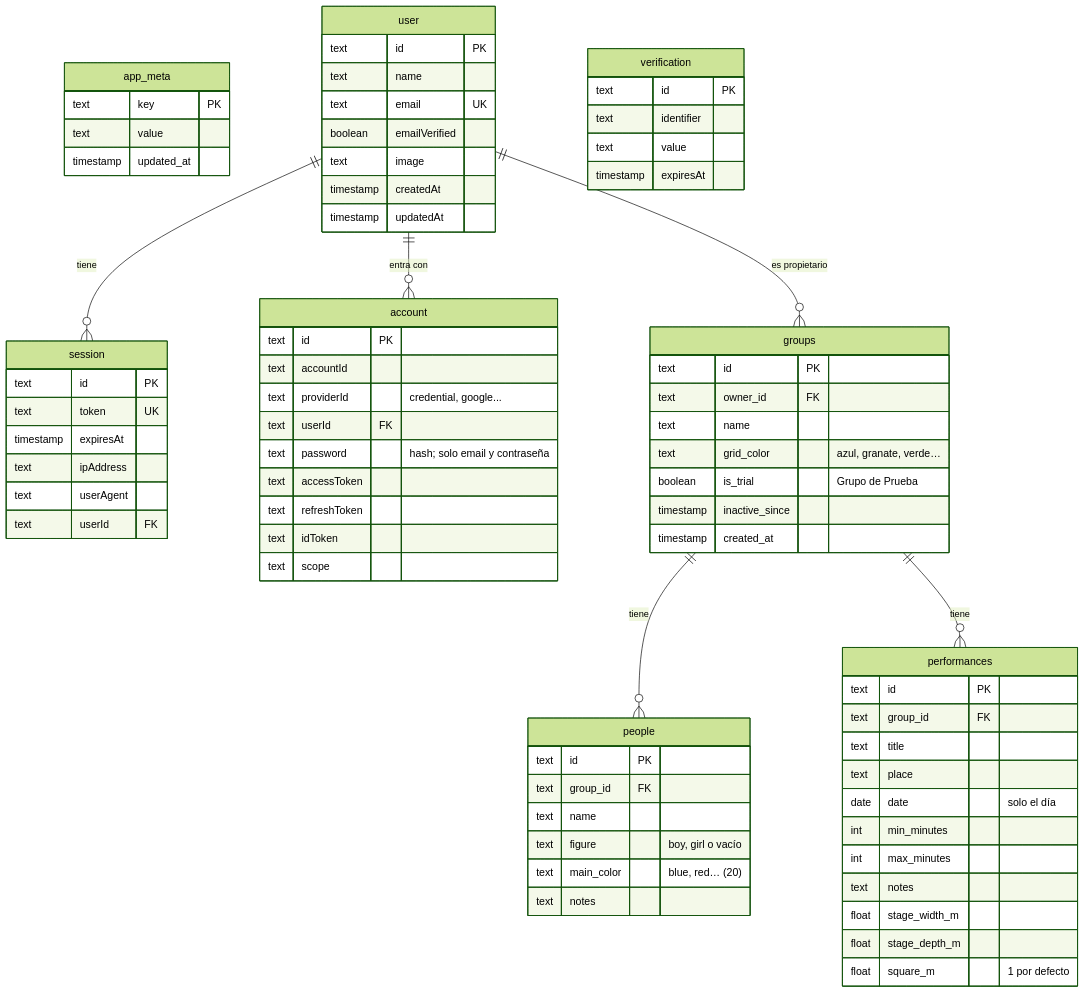
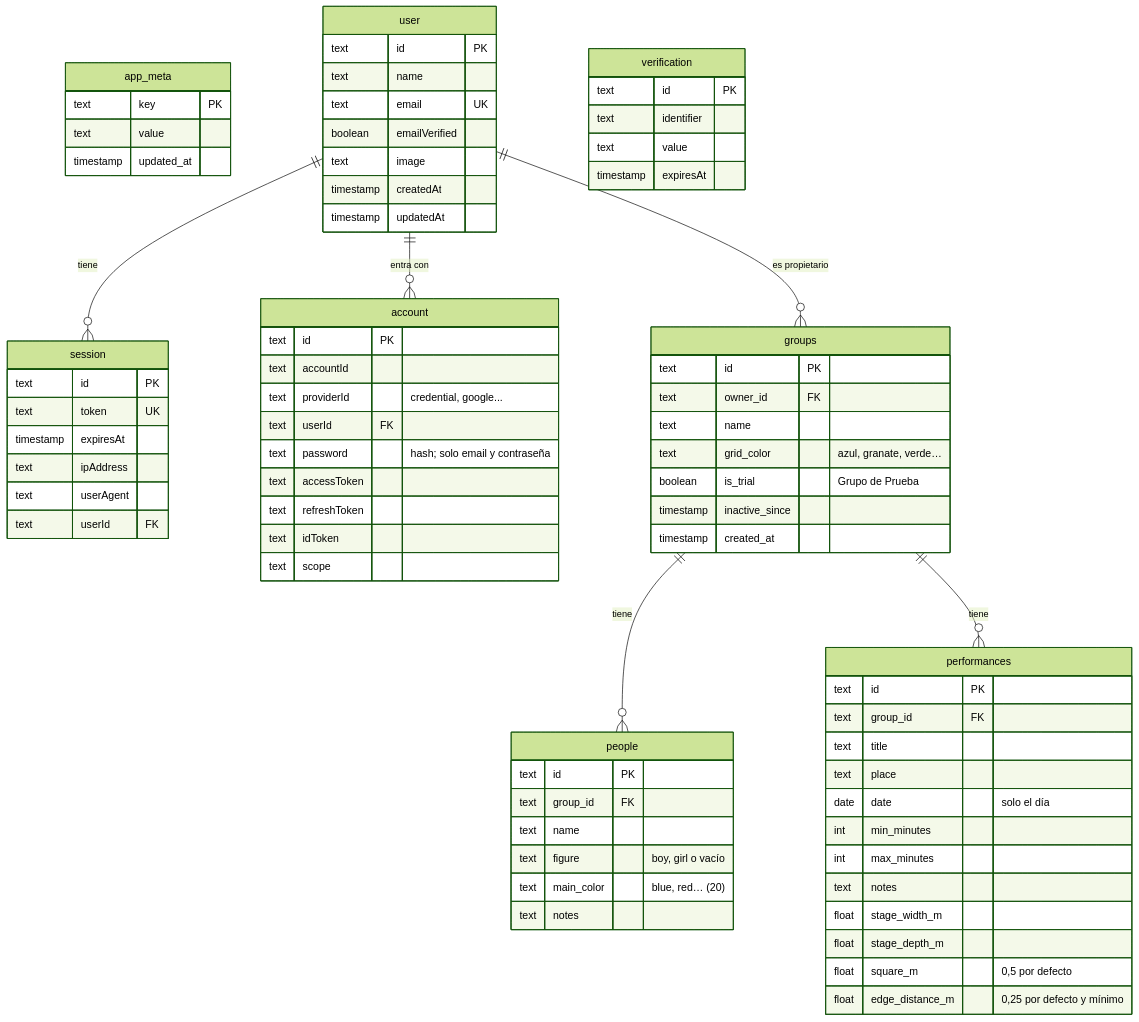
One commit to juananmgz/cuadrocorrocalle changed the first of 2 diagrams in documentation/database.md. Above: the diagram before and after it, drawn with Mermaid (forest theme). The commit also changed 17 other files, not shown here.

````diff
--- a/documentation/database.md
+++ b/documentation/database.md
@@ -18,77 +18,78 @@
 ```mermaid
 erDiagram
   app_meta {
     text key PK
     text value
     timestamp updated_at
   }
   user ||--o{ session : "tiene"
   user ||--o{ account : "entra con"
   user {
     text id PK
     text name
     text email UK
     boolean emailVerified
     text image
     timestamp createdAt
     timestamp updatedAt
   }
   session {
     text id PK
     text token UK
     timestamp expiresAt
     text ipAddress
     text userAgent
     text userId FK
   }
   account {
     text id PK
     text accountId
     text providerId "credential, google..."
     text userId FK
     text password "hash; solo email y contraseña"
     text accessToken
     text refreshToken
     text idToken
     text scope
   }
   user ||--o{ groups : "es propietario"
   groups {
     text id PK
     text owner_id FK
     text name
     text grid_color "azul, granate, verde…"
     boolean is_trial "Grupo de Prueba"
     timestamp inactive_since
     timestamp created_at
   }
   groups ||--o{ people : "tiene"
   people {
     text id PK
     text group_id FK
     text name
     text figure "boy, girl o vacío"
     text main_color "blue, red… (20)"
     text notes
   }
   groups ||--o{ performances : "tiene"
   performances {
     text id PK
     text group_id FK
     text title
     text place
     date date "solo el día"
     int min_minutes
     int max_minutes
     text notes
     float stage_width_m
     float stage_depth_m
-    float square_m "1 por defecto"
+    float square_m "0,5 por defecto"
+    float edge_distance_m "0,25 por defecto y mínimo"
   }
   verification {
     text id PK
     text identifier
     text value
     timestamp expiresAt
   }
 ```
````
